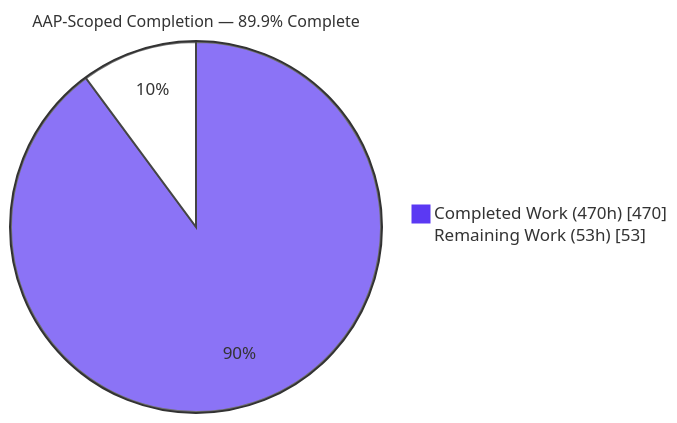
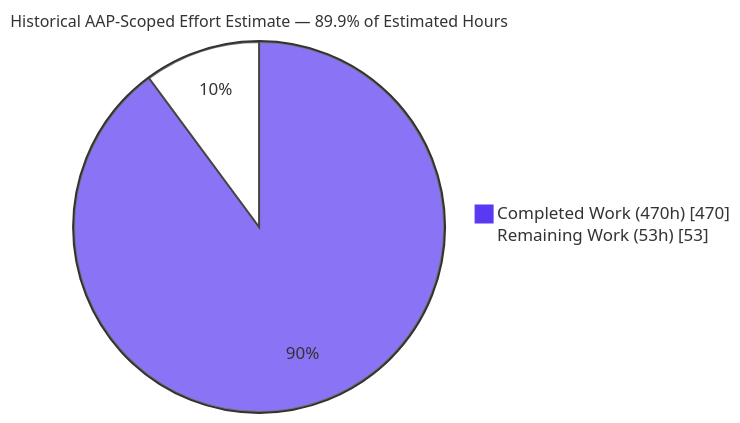
The first of 3 diagrams in blitzy/documentation/Project Guide.md (blitzy-research/zlib), drawn with Mermaid before and after one commit. The commit also changed other lines of this file, not shown here.

````diff
--- a/blitzy/documentation/Project Guide.md
+++ b/blitzy/documentation/Project Guide.md
@@ -17,6 +34,6 @@
 ```mermaid
 %%{init: {'theme':'base','themeVariables':{'pie1':'#5B39F3','pie2':'#FFFFFF','pieStrokeColor':'#333333','pieOuterStrokeColor':'#333333','pieSectionTextColor':'#333333','pieStrokeWidth':'2px','pieTitleTextSize':'16px'}}}%%
-pie showData title AAP-Scoped Completion — 89.9% Complete
+pie showData title Historical AAP-Scoped Effort Estimate — 89.9% of Estimated Hours
     "Completed Work (470h)" : 470
     "Remaining Work (53h)" : 53
 ```
````
